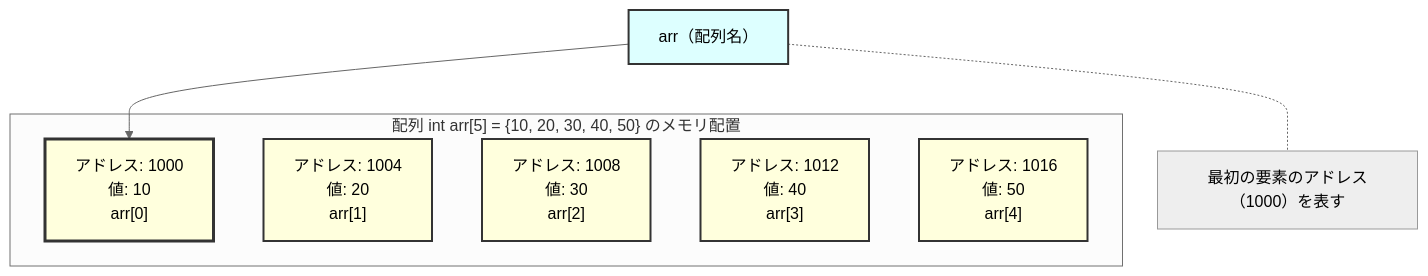
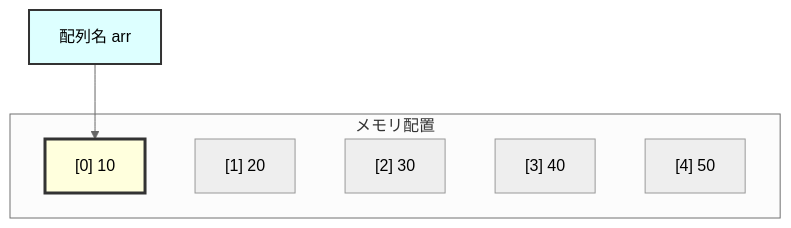
The second of 7 diagrams in docs/main_textbook_intermediate.md (zabaglione/c-language-tutorial), drawn with Mermaid (neutral theme) before and after one commit. The commit also changed other lines of this file and 39 other files, not shown here.

````diff
--- a/docs/main_textbook_intermediate.md
+++ b/docs/main_textbook_intermediate.md
@@ -1104,21 +1110,16 @@
 ```mermaid
 graph TB
-    subgraph "配列 int arr[5] = {10, 20, 30, 40, 50} のメモリ配置"
-        A["アドレス: 1000<br/>値: 10<br/>arr[0]"]
-        B["アドレス: 1004<br/>値: 20<br/>arr[1]"]
-        C["アドレス: 1008<br/>値: 30<br/>arr[2]"]
-        D["アドレス: 1012<br/>値: 40<br/>arr[3]"]
-        E["アドレス: 1016<br/>値: 50<br/>arr[4]"]
+    subgraph "メモリ配置"
+        A["[0] 10"]
+        B["[1] 20"]
+        C["[2] 30"]
+        D["[3] 40"]
+        E["[4] 50"]
     end
 
-    F["arr（配列名）"]
+    F["配列名 arr"]
     F --> A
-    F -.- G["最初の要素のアドレス（1000）を表す"]
 
     style A fill:#ffd,stroke:#333,stroke-width:3px
-    style B fill:#ffd,stroke:#333,stroke-width:2px
-    style C fill:#ffd,stroke:#333,stroke-width:2px
-    style D fill:#ffd,stroke:#333,stroke-width:2px
-    style E fill:#ffd,stroke:#333,stroke-width:2px
     style F fill:#dff,stroke:#333,stroke-width:2px
 ```
````
